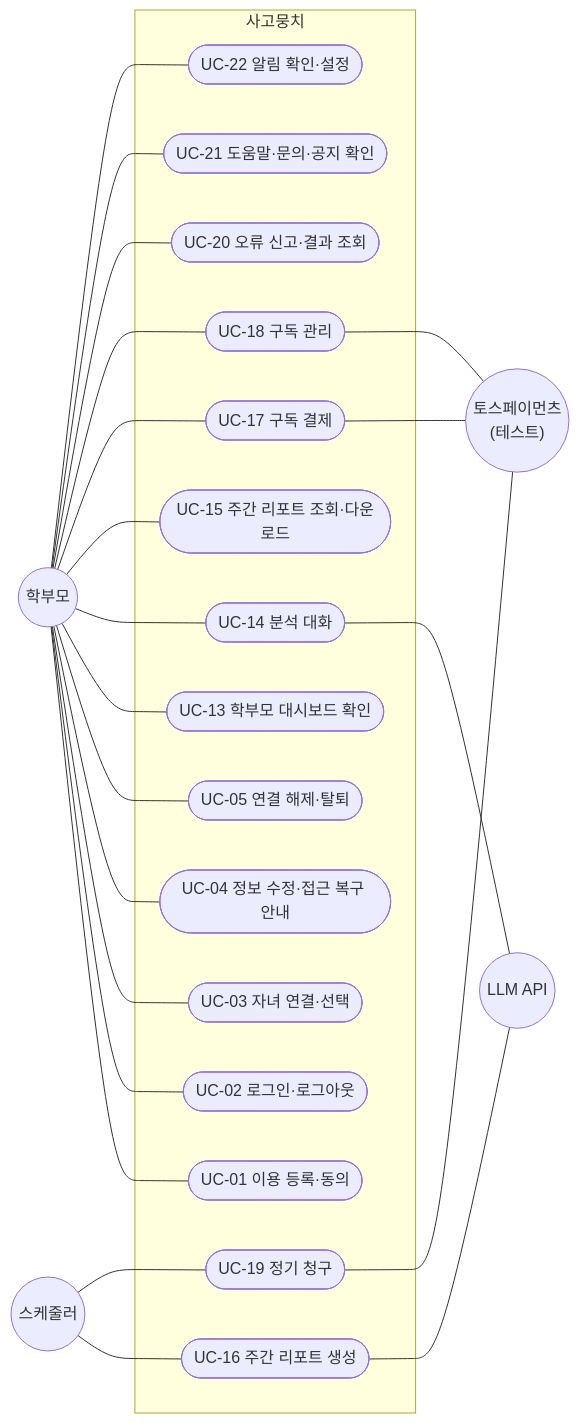
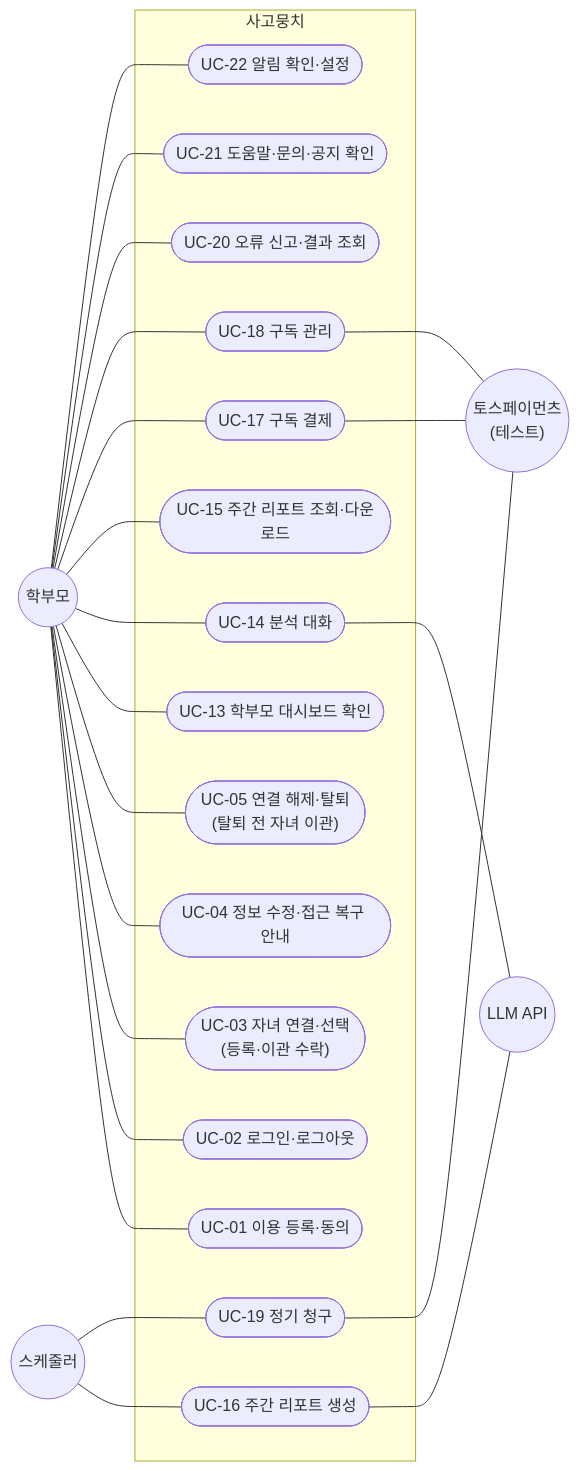
The third of 5 diagrams in docs/design/usecase.md (SKNETWORKS-FAMILY-AICAMP/SKN34-FINAL-3TEAM), drawn with Mermaid before and after one commit. The commit also changed other lines of this file and 6 other files, not shown here.

````diff
--- a/docs/design/usecase.md
+++ b/docs/design/usecase.md
@@ -100,46 +100,46 @@
 ```mermaid
 flowchart LR
   PAR(("학부모"))
   SCH(("스케줄러"))
   LLM(("LLM API"))
   PG(("토스페이먼츠<br/>(테스트)"))
 
   subgraph SYS["사고뭉치"]
     UC01(["UC-01 이용 등록·동의"])
     UC02(["UC-02 로그인·로그아웃"])
-    UC03(["UC-03 자녀 연결·선택"])
+    UC03(["UC-03 자녀 연결·선택<br/>(등록·이관 수락)"])
     UC04(["UC-04 정보 수정·접근 복구 안내"])
-    UC05(["UC-05 연결 해제·탈퇴"])
+    UC05(["UC-05 연결 해제·탈퇴<br/>(탈퇴 전 자녀 이관)"])
     UC13(["UC-13 학부모 대시보드 확인"])
     UC14(["UC-14 분석 대화"])
     UC15(["UC-15 주간 리포트 조회·다운로드"])
     UC16(["UC-16 주간 리포트 생성"])
     UC17(["UC-17 구독 결제"])
     UC18(["UC-18 구독 관리"])
     UC19(["UC-19 정기 청구"])
     UC20(["UC-20 오류 신고·결과 조회"])
     UC21(["UC-21 도움말·문의·공지 확인"])
     UC22(["UC-22 알림 확인·설정"])
   end
 
   PAR --- UC01
   PAR --- UC02
   PAR --- UC03
   PAR --- UC04
   PAR --- UC05
   PAR --- UC13
   PAR --- UC14
   PAR --- UC15
   PAR --- UC17
   PAR --- UC18
   PAR --- UC20
   PAR --- UC21
   PAR --- UC22
   SCH --- UC16
   SCH --- UC19
   UC14 --- LLM
   UC16 --- LLM
   UC17 --- PG
   UC18 --- PG
   UC19 --- PG
 ```
````
